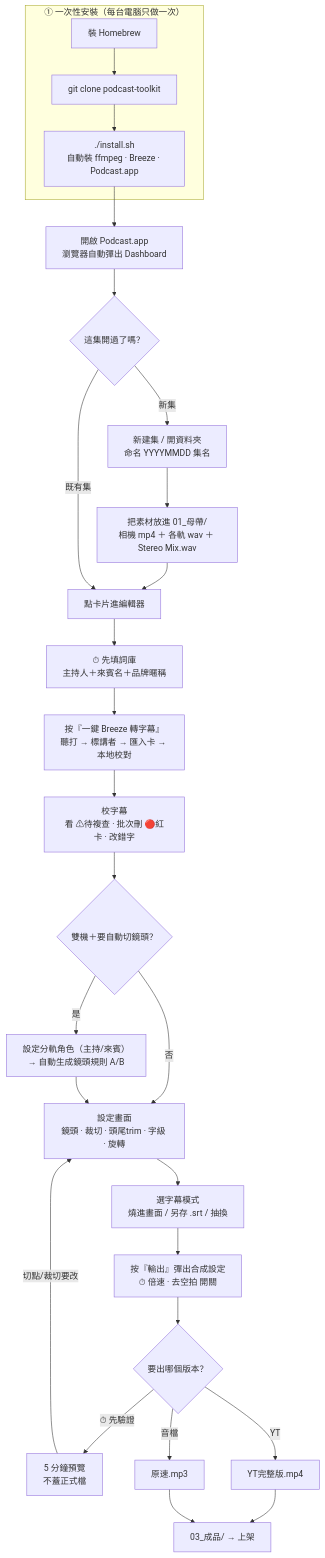
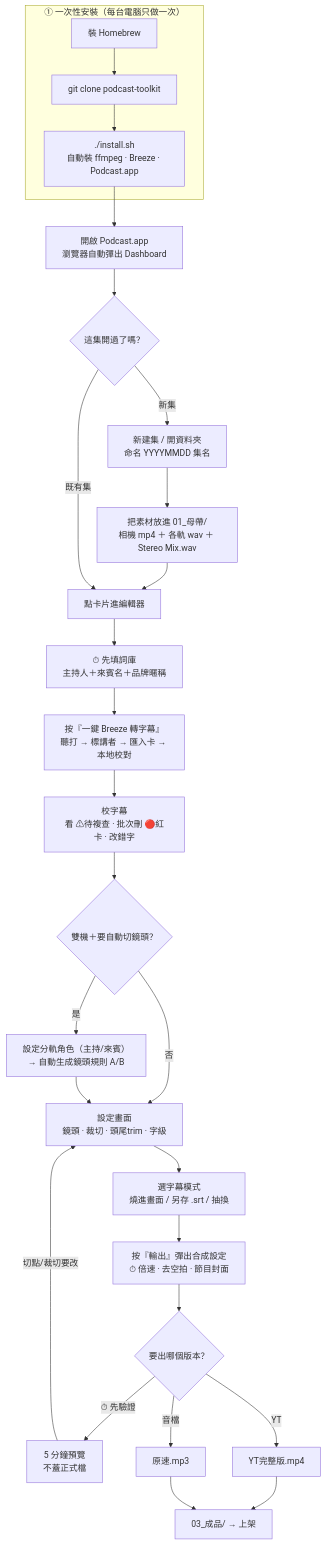
One commit to Liiiiwei/podcast-toolkit changed the diagram in README.md. Above: the diagram before and after it, drawn with Mermaid. The commit also changed other lines of this file, not shown here.

````diff
--- a/README.md
+++ b/README.md
@@ -29,32 +29,32 @@
 ```mermaid
 flowchart TD
     subgraph S0["① 一次性安裝（每台電腦只做一次）"]
         I1["裝 Homebrew"] --> I2["git clone podcast-toolkit"] --> I3["./install.sh<br/>自動裝 ffmpeg · Breeze · Podcast.app"]
     end
 
     I3 --> A0["開啟 Podcast.app<br/>瀏覽器自動彈出 Dashboard"]
     A0 --> A1{"這集開過了嗎？"}
     A1 -- "新集" --> A2["新建集 / 開資料夾<br/>命名 YYYYMMDD 集名"]
     A2 --> B1["把素材放進 01_母帶/<br/>相機 mp4 ＋ 各軌 wav ＋ Stereo Mix.wav"]
     B1 --> A3["點卡片進編輯器"]
     A1 -- "既有集" --> A3
 
     A3 --> G1["⏱ 先填詞庫<br/>主持人＋來賓名＋品牌暱稱"]
     G1 --> C1["按『一鍵 Breeze 轉字幕』<br/>聽打 → 標講者 → 匯入卡 → 本地校對"]
     C1 --> C2["校字幕<br/>看 ⚠待複查 · 批次刪 🔴紅卡 · 改錯字"]
 
     C2 --> D0{"雙機＋要自動切鏡頭？"}
     D0 -- "是" --> D1["設定分軌角色（主持/來賓）<br/>→ 自動生成鏡頭規則 A/B"]
-    D0 -- "否" --> E1["設定畫面<br/>鏡頭 · 裁切 · 頭尾trim · 字級 · 旋轉"]
+    D0 -- "否" --> E1["設定畫面<br/>鏡頭 · 裁切 · 頭尾trim · 字級"]
     D1 --> E1
 
     E1 --> F0["選字幕模式<br/>燒進畫面 / 另存 .srt / 抽換"]
-    F0 --> S1["按『輸出』彈出合成設定<br/>⏱ 倍速 · 去空拍 開關"]
+    F0 --> S1["按『輸出』彈出合成設定<br/>⏱ 倍速 · 去空拍 · 節目封面"]
     S1 --> F1{"要出哪個版本？"}
     F1 -- "⏱ 先驗證" --> P1["5 分鐘預覽<br/>不蓋正式檔"]
     P1 -- "切點/裁切要改" --> E1
     F1 -- "YT" --> O1["YT完整版.mp4"]
     F1 -- "音檔" --> O3["原速.mp3"]
     O1 --> Z["03_成品/ → 上架"]
     O3 --> Z
 ```
````
